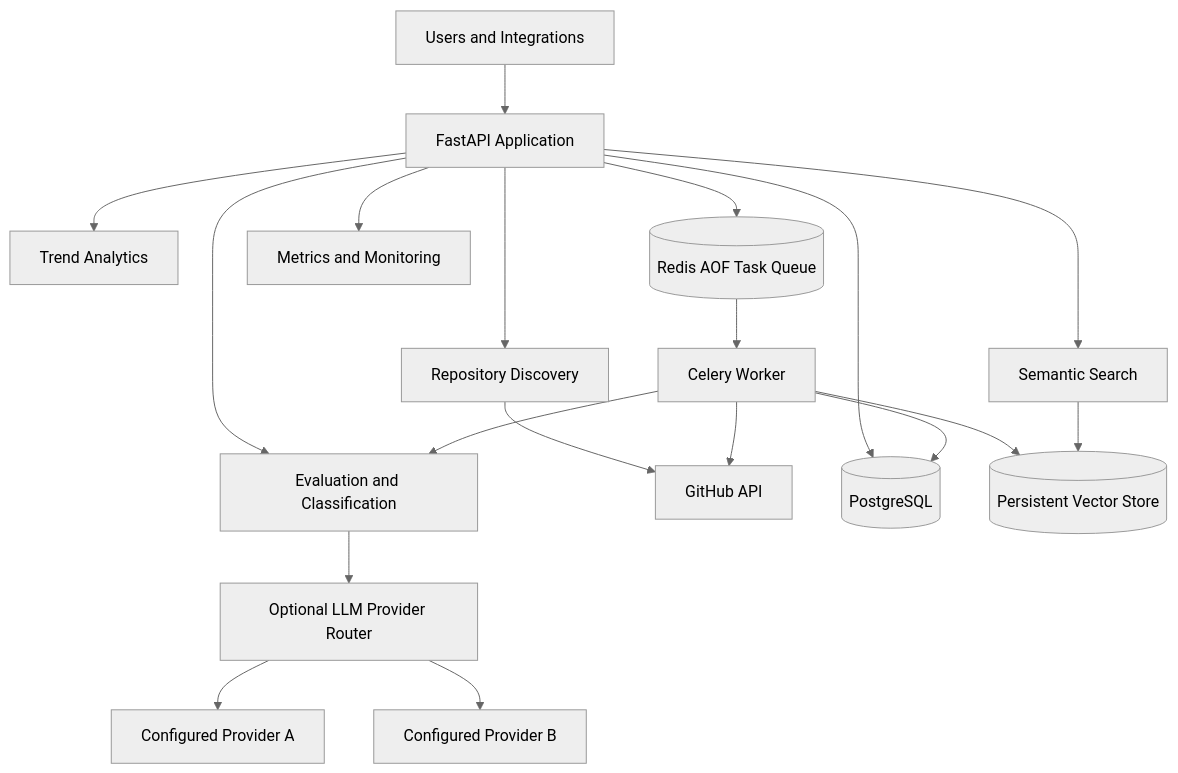
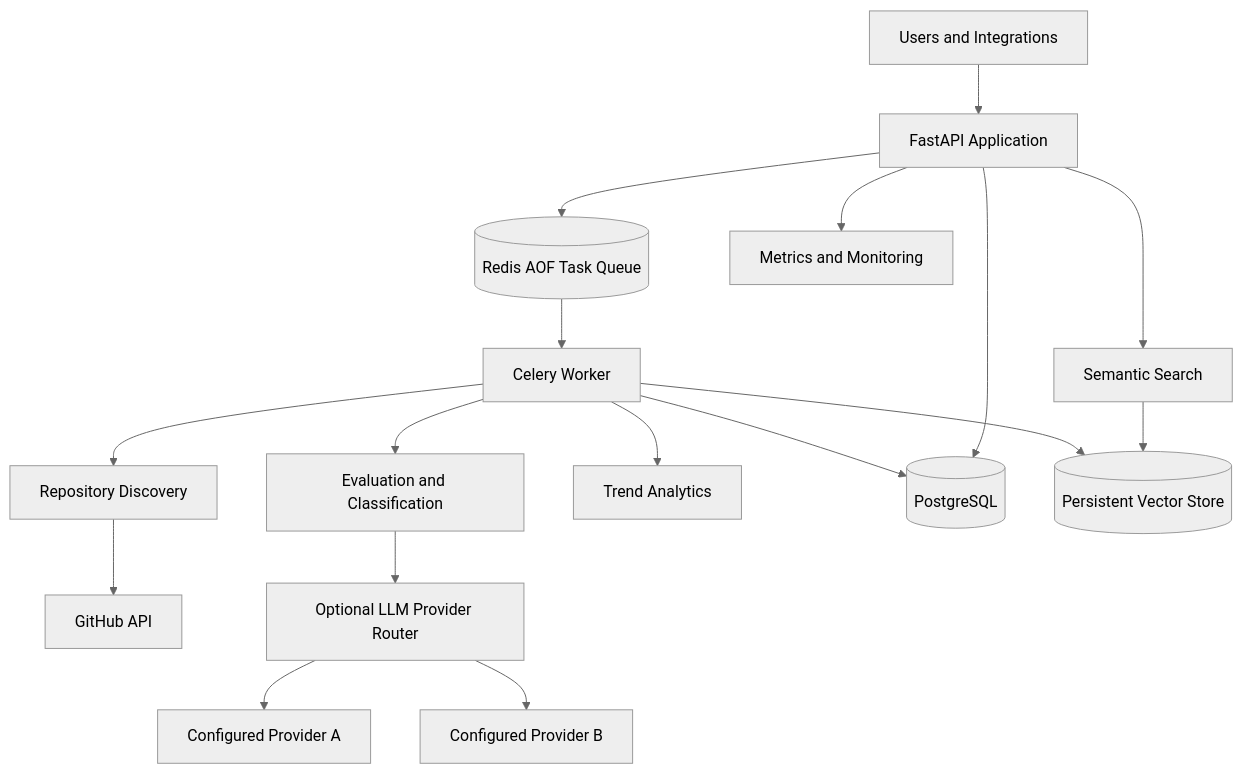
Before and after one commit to zopair/Sovereign-AI-Arsenal: the diagram in README.md, drawn with Mermaid (neutral theme).

Commit message:
docs: clarify queued worker architecture

````diff
--- a/README.md
+++ b/README.md
@@ -33,21 +33,19 @@
 ```mermaid
 flowchart TB
     Client[Users and Integrations] --> API[FastAPI Application]
-    API --> Discovery[Repository Discovery]
-    API --> Analysis[Evaluation and Classification]
-    API --> Trends[Trend Analytics]
-    API --> Search[Semantic Search]
+    API --> Queue[(Redis AOF Task Queue)]
+    Queue --> Worker[Celery Worker]
+    Worker --> Discovery[Repository Discovery]
+    Worker --> Analysis[Evaluation and Classification]
+    Worker --> Trends[Trend Analytics]
     Discovery --> GitHub[GitHub API]
     Analysis --> Router[Optional LLM Provider Router]
     Router --> P1[Configured Provider A]
     Router --> P2[Configured Provider B]
-    API --> DB[(PostgreSQL)]
-    API --> Queue[(Redis AOF Task Queue)]
-    Queue --> Worker[Celery Worker]
-    Worker --> GitHub[GitHub API]
-    Worker --> Analysis
-    Worker --> DB
+    Worker --> DB[(PostgreSQL)]
     Worker --> Vector[(Persistent Vector Store)]
+    API --> DB
+    API --> Search[Semantic Search]
     Search --> Vector
     API --> Metrics[Metrics and Monitoring]
 ```
````
